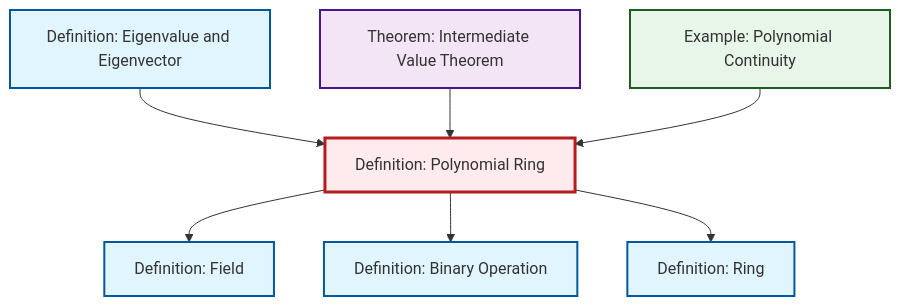
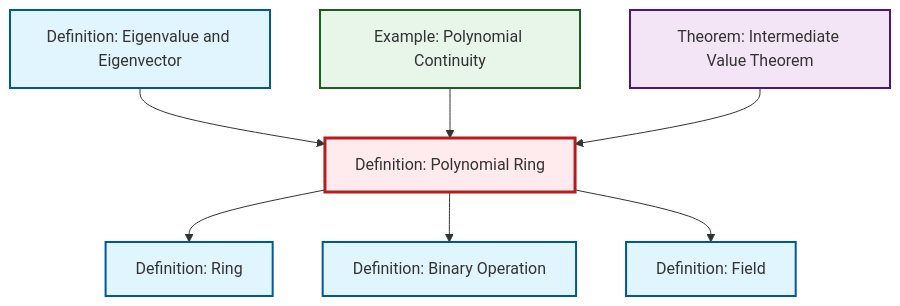
Before and after one commit to RK0429/ModernMath: the diagram in content/ja/algebra/def-polynomial-ring.qmd, drawn with Mermaid. The commit also changed other lines of this file and 360 other files, not shown here.

````diff
--- a/content/ja/algebra/def-polynomial-ring.qmd
+++ b/content/ja/algebra/def-polynomial-ring.qmd
@@ -94,29 +94,29 @@
 ```{mermaid}
 %%| fig-cap: "Local dependency graph"
 graph TD
     classDef definition fill:#e1f5fe,stroke:#01579b,stroke-width:2px
     classDef theorem fill:#f3e5f5,stroke:#4a148c,stroke-width:2px
     classDef axiom fill:#fff3e0,stroke:#e65100,stroke-width:2px
     classDef example fill:#e8f5e9,stroke:#1b5e20,stroke-width:2px
     classDef current fill:#ffebee,stroke:#b71c1c,stroke-width:3px
+    ex-polynomial-continuity["Example: Polynomial Continuity"]:::example
+    def-field["Definition: Field"]:::definition
+    thm-intermediate-value["Theorem: Intermediate Value Theorem"]:::theorem
+    def-eigenvalue-eigenvector["Definition: Eigenvalue and Eigenvector"]:::definition
+    def-polynomial-ring["Definition: Polynomial Ring"]:::definition
+    def-ring["Definition: Ring"]:::definition
     def-binary-operation["Definition: Binary Operation"]:::definition
-    def-eigenvalue-eigenvector["Definition: Eigenvalue and Eigenvector"]:::definition
-    thm-intermediate-value["Theorem: Intermediate Value Theorem"]:::theorem
-    def-polynomial-ring["Definition: Polynomial Ring"]:::definition
-    def-field["Definition: Field"]:::definition
-    def-ring["Definition: Ring"]:::definition
-    ex-polynomial-continuity["Example: Polynomial Continuity"]:::example
+    def-eigenvalue-eigenvector --> def-polynomial-ring
+    def-polynomial-ring --> def-ring
+    ex-polynomial-continuity --> def-polynomial-ring
+    thm-intermediate-value --> def-polynomial-ring
+    def-polynomial-ring --> def-binary-operation
     def-polynomial-ring --> def-field
-    def-eigenvalue-eigenvector --> def-polynomial-ring
-    thm-intermediate-value --> def-polynomial-ring
-    ex-polynomial-continuity --> def-polynomial-ring
-    def-polynomial-ring --> def-binary-operation
-    def-polynomial-ring --> def-ring
     class def-polynomial-ring current
+    click ex-polynomial-continuity "ex-polynomial-continuity.html" "Example: Polynomial Continuityへ"
+    click def-field "def-field.html" "Definition: Fieldへ"
+    click thm-intermediate-value "thm-intermediate-value.html" "Theorem: Intermediate Value Theoremへ"
+    click def-eigenvalue-eigenvector "def-eigenvalue-eigenvector.html" "Definition: Eigenvalue and Eigenvectorへ"
+    click def-ring "def-ring.html" "Definition: Ringへ"
     click def-binary-operation "def-binary-operation.html" "Definition: Binary Operationへ"
-    click def-eigenvalue-eigenvector "def-eigenvalue-eigenvector.html" "Definition: Eigenvalue and Eigenvectorへ"
-    click thm-intermediate-value "thm-intermediate-value.html" "Theorem: Intermediate Value Theoremへ"
-    click def-field "def-field.html" "Definition: Fieldへ"
-    click def-ring "def-ring.html" "Definition: Ringへ"
-    click ex-polynomial-continuity "ex-polynomial-continuity.html" "Example: Polynomial Continuityへ"
 ```
````
